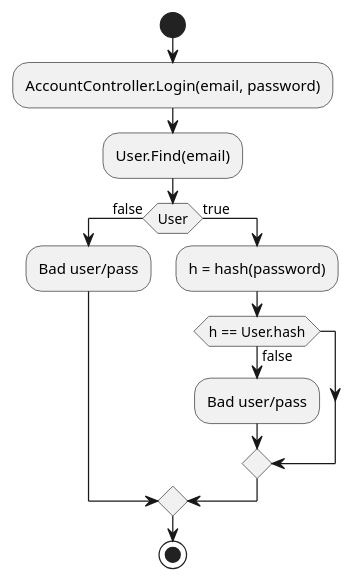
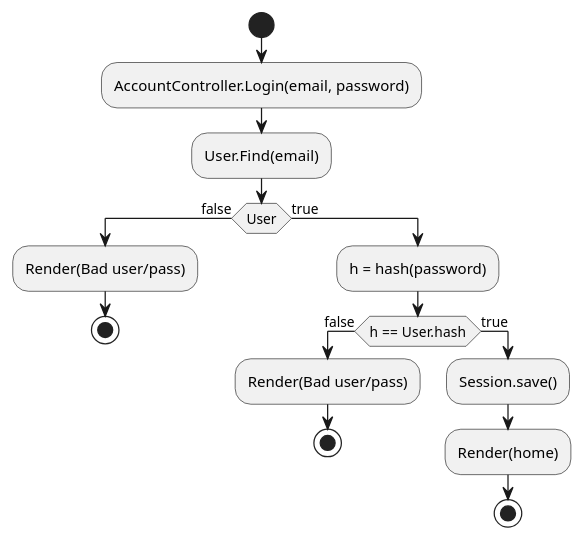
Before and after one commit to adrianvlupu/proiect-metode-devoltare-software: the diagram in activity.login.puml, drawn with PlantUML. The commit also changed 1 other file, not shown here.

```diff
--- a/activity.login.puml
+++ b/activity.login.puml
@@ -1,16 +1,22 @@
 @startuml
 
 start
 :AccountController.Login(email, password);
 :User.Find(email);
+
 if(User) then (false)
-	:Bad user/pass;
+	:Render(Bad user/pass);
+	stop
 else (true)
 	:h = hash(password);
 	if(h == User.hash) then (false)
-		:Bad user/pass;
+		:Render(Bad user/pass);
+		stop
+	else (true)
+		:Session.save();
+		:Render(home);
+		stop
 	endif
 endif
-stop
 
 @enduml
```
